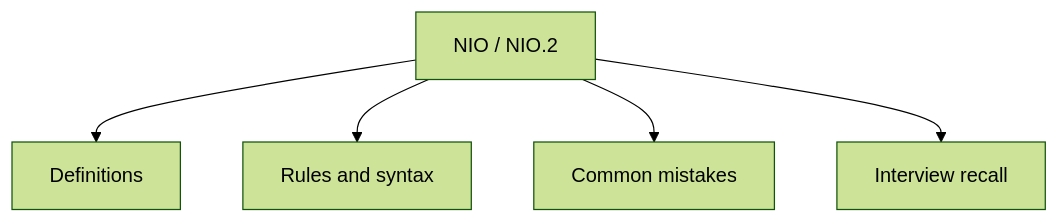
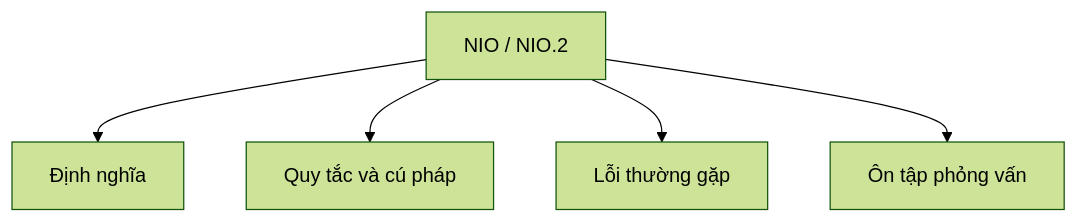
Before and after one commit to PhuThien2005/theoretical-of-java-core: the diagram in 27-nio/README.md, drawn with Mermaid (forest theme). The commit also changed other lines of this file and 229 other files, not shown here.

````diff
--- a/27-nio/README.md
+++ b/27-nio/README.md
@@ -45,7 +45,7 @@
 ```mermaid
 flowchart TD
-    A[NIO / NIO.2] --> B[Definitions]
-    A --> C[Rules and syntax]
-    A --> D[Common mistakes]
-    A --> E[Interview recall]
+    A[NIO / NIO.2] --> B[Định nghĩa]
+    A --> C[Quy tắc và cú pháp]
+    A --> D[Lỗi thường gặp]
+    A --> E[Ôn tập phỏng vấn]
 ```
````
